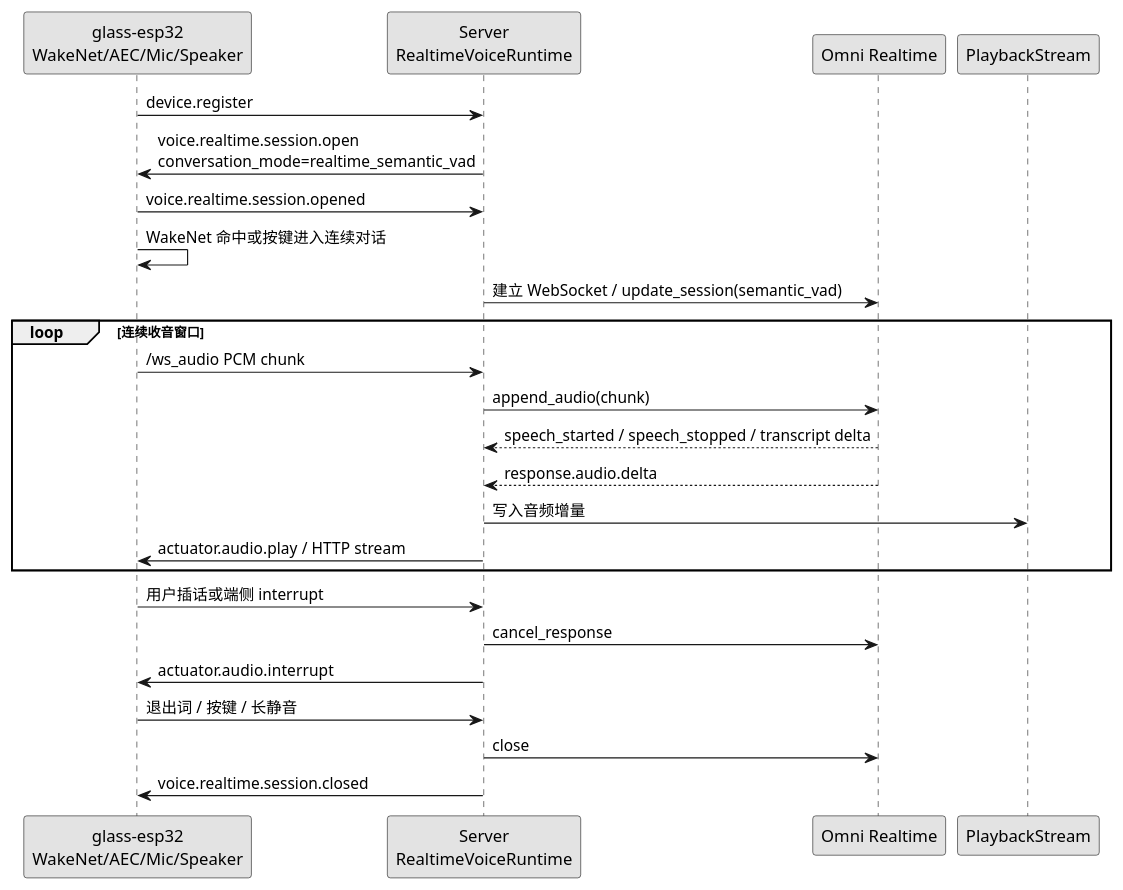
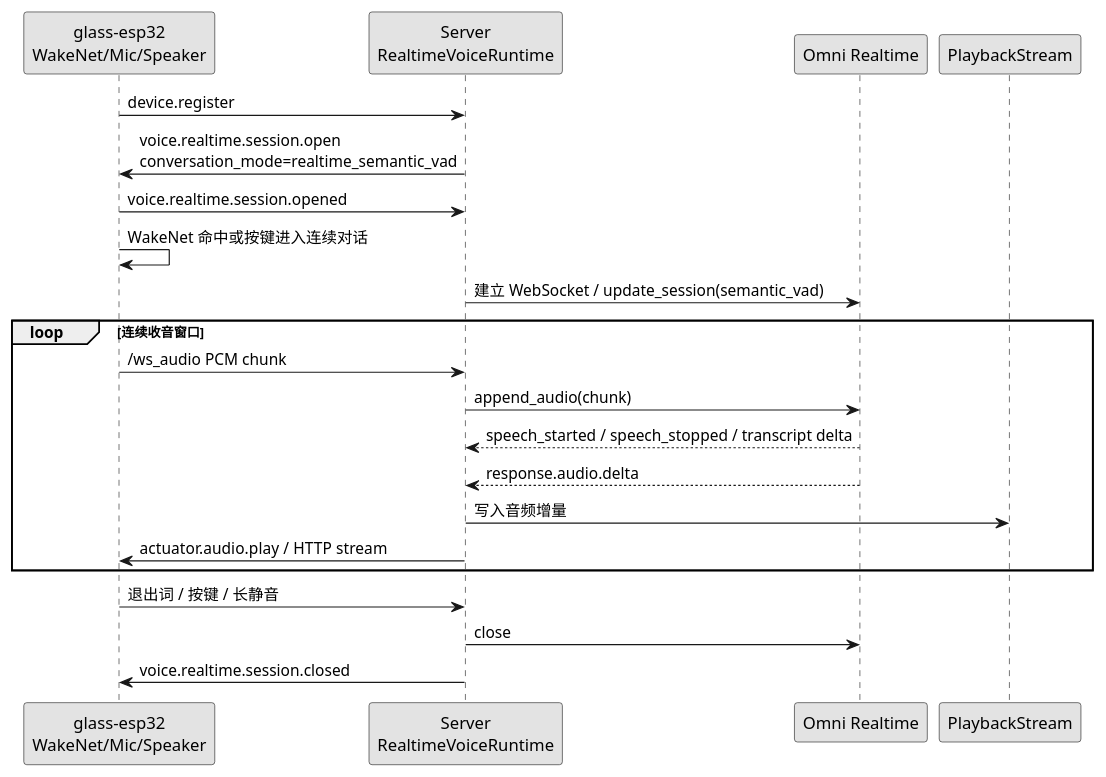
One commit to HengeLiu/RealtimeAgent changed the second of 2 diagrams in openaiglass-sdk/docs/structure-design/Omni语义实时连续对话设计.md. Above: the diagram before and after it, drawn with PlantUML. The commit also changed other lines of this file and 3 other files, not shown here.

````diff
--- a/openaiglass-sdk/docs/structure-design/Omni语义实时连续对话设计.md
+++ b/openaiglass-sdk/docs/structure-design/Omni语义实时连续对话设计.md
@@ -56,33 +55,29 @@
 ```plantuml
 @startuml
 skinparam monochrome true
-participant "glass-esp32\nWakeNet/AEC/Mic/Speaker" as Glass
+participant "glass-esp32\nWakeNet/Mic/Speaker" as Glass
 participant "Server\nRealtimeVoiceRuntime" as Server
 participant "Omni Realtime" as Omni
 participant "PlaybackStream" as Playback
 
 Glass -> Server : device.register
 Server -> Glass : voice.realtime.session.open\nconversation_mode=realtime_semantic_vad
 Glass -> Server : voice.realtime.session.opened
 
 Glass -> Glass : WakeNet 命中或按键进入连续对话
 Server -> Omni : 建立 WebSocket / update_session(semantic_vad)
 
 loop 连续收音窗口
   Glass -> Server : /ws_audio PCM chunk
   Server -> Omni : append_audio(chunk)
   Omni --> Server : speech_started / speech_stopped / transcript delta
   Omni --> Server : response.audio.delta
   Server -> Playback : 写入音频增量
   Server -> Glass : actuator.audio.play / HTTP stream
 end
 
-Glass -> Server : 用户插话或端侧 interrupt
-Server -> Omni : cancel_response
-Server -> Glass : actuator.audio.interrupt
-
 Glass -> Server : 退出词 / 按键 / 长静音
 Server -> Omni : close
 Server -> Glass : voice.realtime.session.closed
 @enduml
 ```
````
